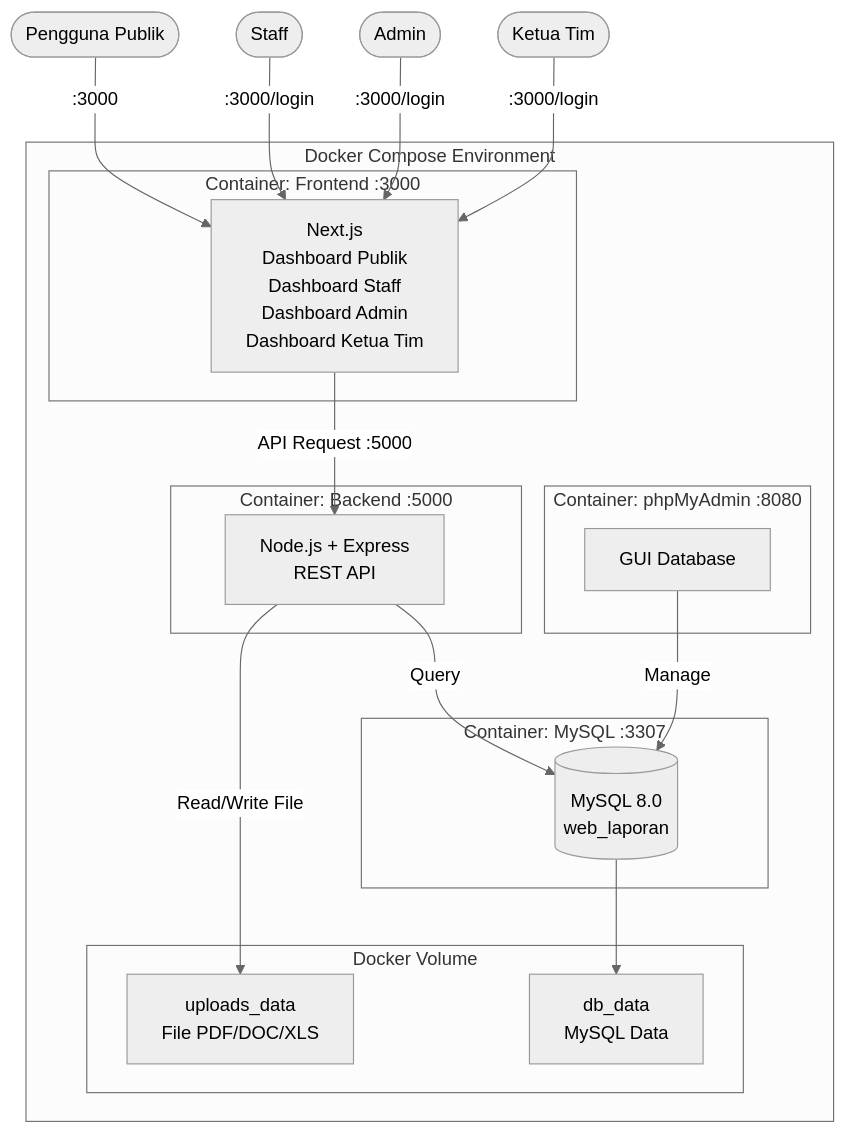
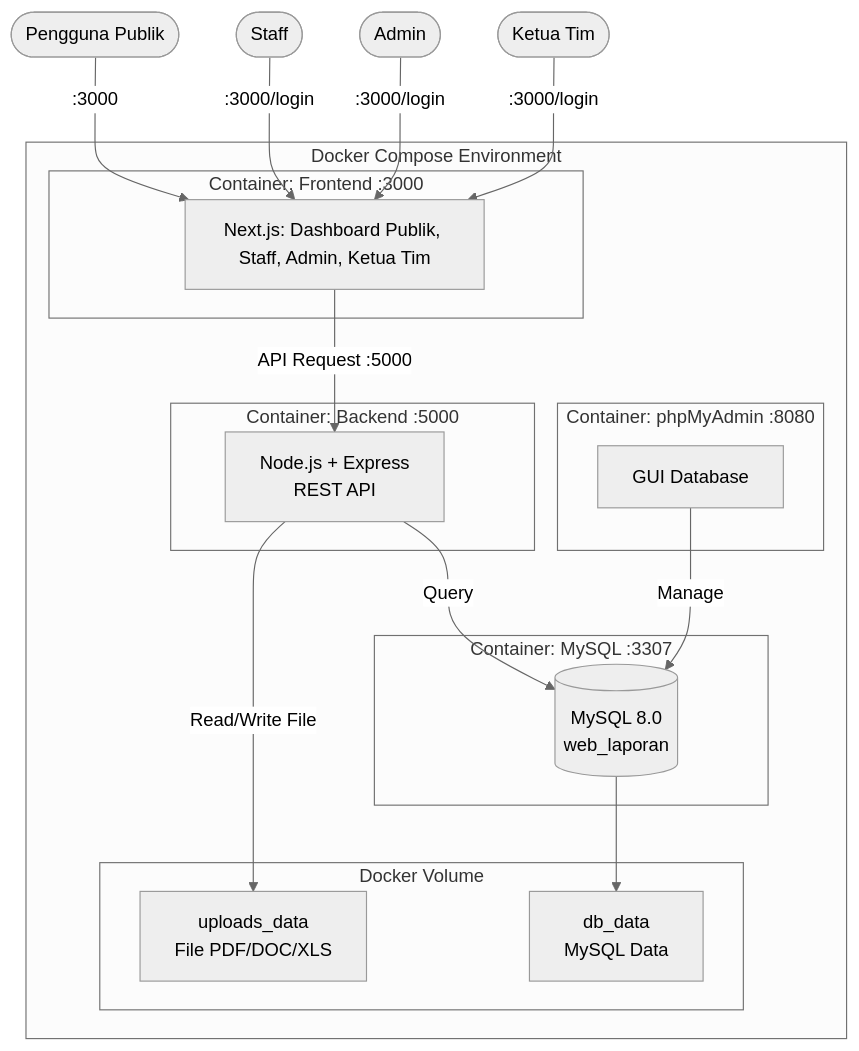
The eighth of 9 diagrams in README.md (Adivalisna1/WEB-MAGANG-), drawn with Mermaid (neutral theme) before and after one commit. The commit also changed other lines of this file and 32 other files, not shown here.

````diff
--- a/README.md
+++ b/README.md
@@ -476,32 +502,32 @@
 ```mermaid
 flowchart TB
     subgraph DOCKER["Docker Compose Environment"]
         subgraph FE["Container: Frontend :3000"]
-            F1[Next.js\nDashboard Publik\nDashboard Staff\nDashboard Admin\nDashboard Ketua Tim]
+            F1[Next.js: Dashboard Publik, Staff, Admin, Ketua Tim]
         end
         subgraph BE["Container: Backend :5000"]
             B1[Node.js + Express\nREST API]
         end
         subgraph DB_C["Container: MySQL :3307"]
             D1[(MySQL 8.0\nweb_laporan)]
         end
         subgraph PMA["Container: phpMyAdmin :8080"]
             P1[GUI Database]
         end
         subgraph VOL["Docker Volume"]
             V1[uploads_data\nFile PDF/DOC/XLS]
             V2[db_data\nMySQL Data]
         end
     end
 
     USER_PUB([Pengguna Publik]) -->|:3000| F1
     USER_STAFF([Staff]) -->|:3000/login| F1
     USER_ADMIN([Admin]) -->|:3000/login| F1
     USER_KETUA([Ketua Tim]) -->|:3000/login| F1
 
     F1 -->|API Request :5000| B1
     B1 -->|Query| D1
     B1 -->|Read/Write File| V1
     D1 --> V2
     P1 -->|Manage| D1
 ```
````
